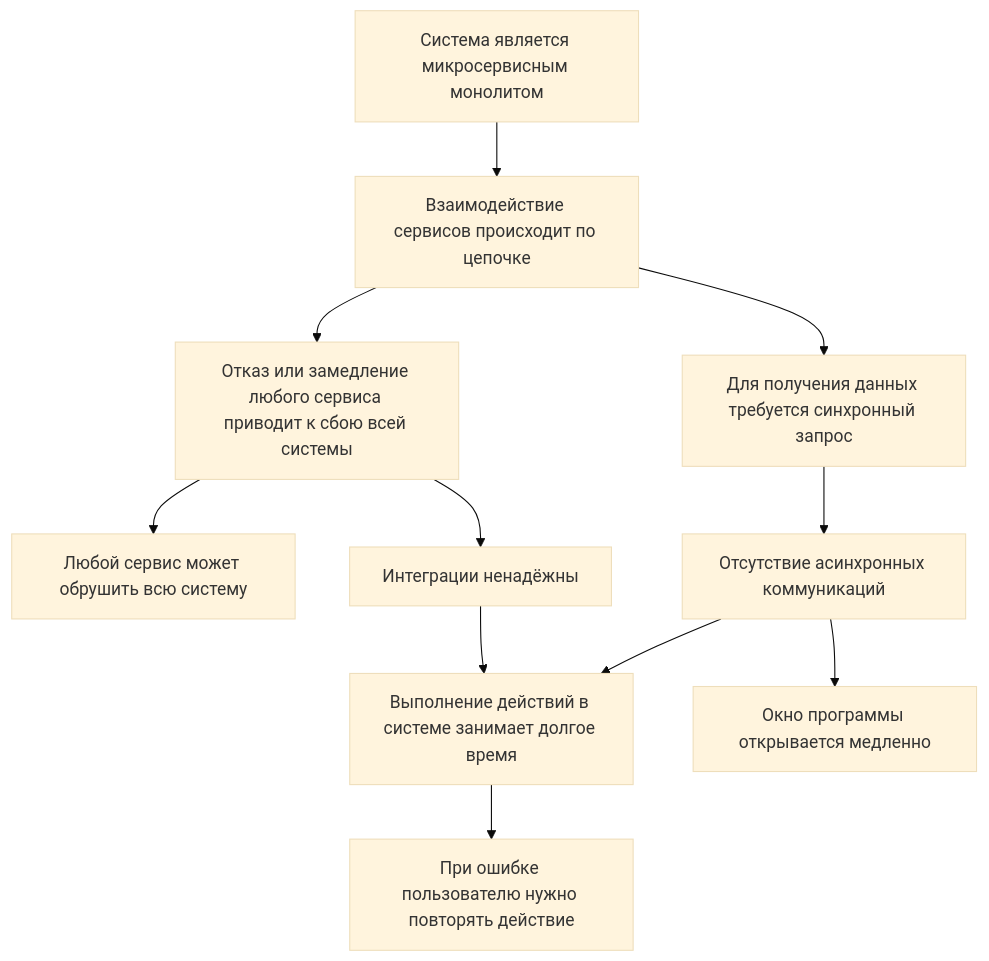
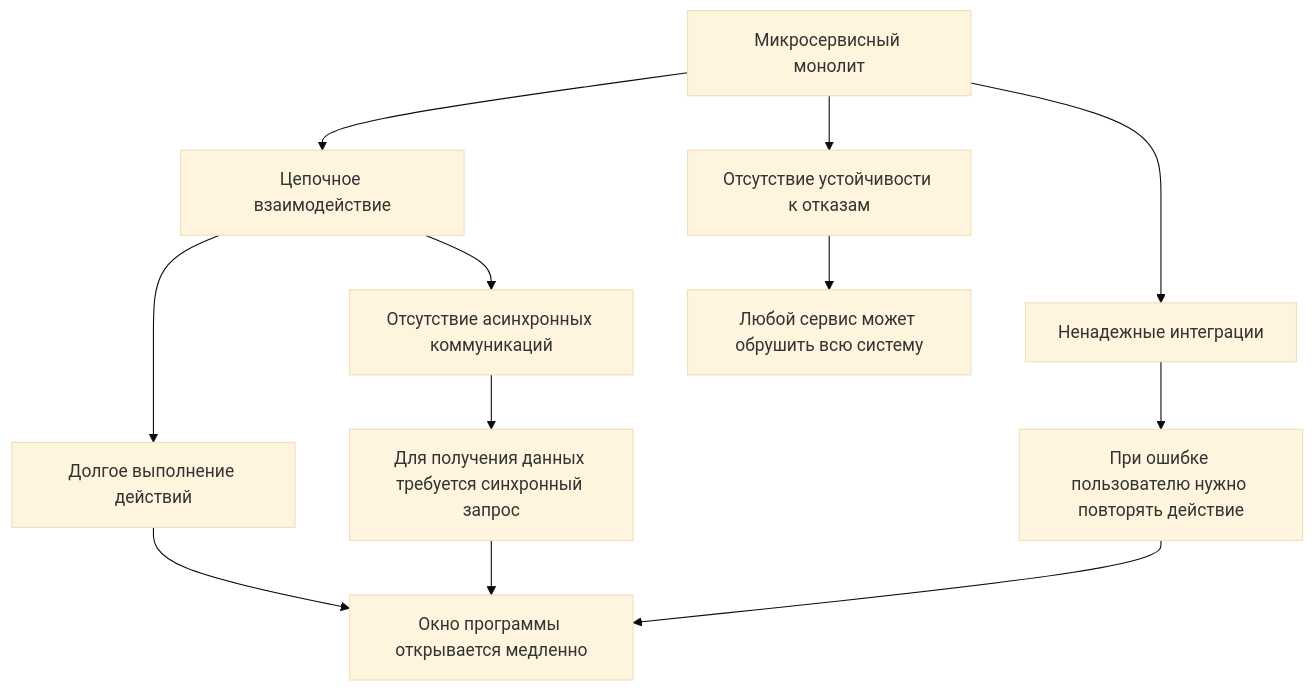
One commit to iconicompany/idocs changed the diagram in pages/tech/unsorted/toc.md. Above: the diagram before and after it, drawn with Mermaid (base theme). The commit also changed other lines of this file, not shown here.

````diff
--- a/pages/tech/unsorted/toc.md
+++ b/pages/tech/unsorted/toc.md
@@ -2,13 +3,14 @@
 ```mermaid
 graph TD
-    A[Система является микросервисным монолитом] --> B[Взаимодействие сервисов происходит по цепочке]
-    B --> C[Отказ или замедление любого сервиса приводит к сбою всей системы]
-    B --> D[Для получения данных требуется синхронный запрос]
-    C --> E[Любой сервис может обрушить всю систему]
-    C --> F[Интеграции ненадёжны]
-    D --> G[Отсутствие асинхронных коммуникаций]
-    G --> H[Выполнение действий в системе занимает долгое время]
-    G --> I[Окно программы открывается медленно]
-    F --> H
-    H --> J[При ошибке пользователю нужно повторять действие]
+    A[Микросервисный монолит] --> B[Цепочное взаимодействие]
+    A --> C[Отсутствие устойчивости к отказам]
+    A --> D[Ненадежные интеграции]
+    B --> E[Долгое выполнение действий]
+    B --> F[Отсутствие асинхронных коммуникаций]
+    C --> G[Любой сервис может обрушить всю систему]
+    D --> H[При ошибке пользователю нужно повторять действие]
+    F --> I[Для получения данных требуется синхронный запрос]
+    E --> J[Окно программы открывается медленно]
+    I --> J
+    H --> J
 ```
````
